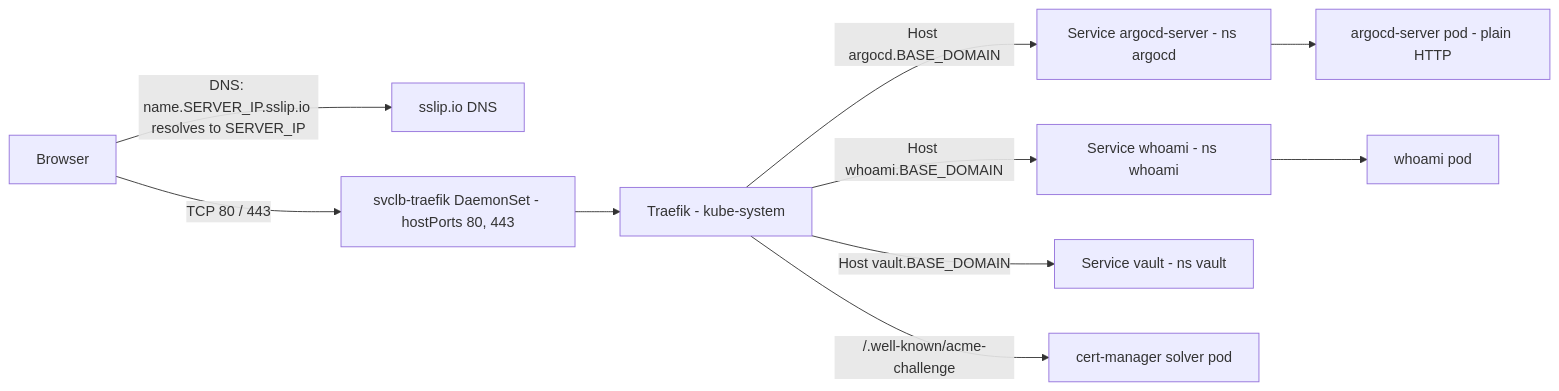
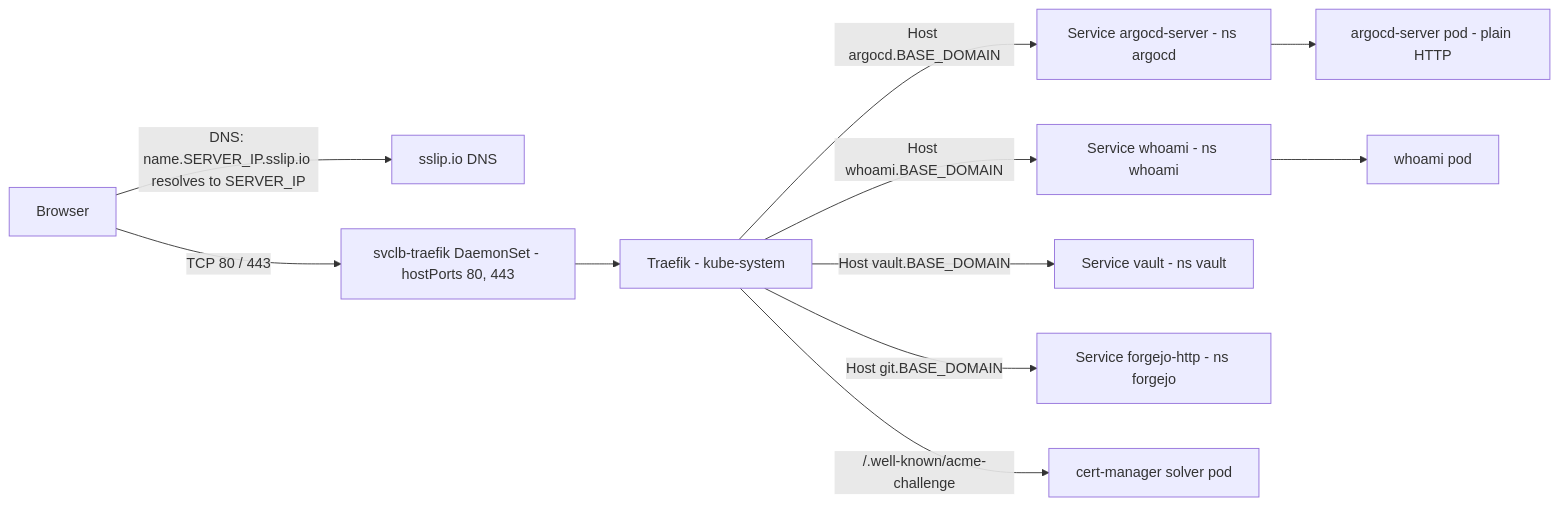
One commit to Elouel/homelab changed the second of 2 diagrams in docs/architecture.md. Above: the diagram before and after it, drawn with Mermaid. The commit also changed other lines of this file and 16 other files, not shown here.

````diff
--- a/docs/architecture.md
+++ b/docs/architecture.md
@@ -52,12 +52,13 @@
 ```mermaid
 flowchart LR
   U["Browser"] -->|"DNS: name.SERVER_IP.sslip.io resolves to SERVER_IP"| SSLIP["sslip.io DNS"]
   U -->|"TCP 80 / 443"| LB["svclb-traefik DaemonSet - hostPorts 80, 443"]
   LB --> T["Traefik - kube-system"]
   T -->|"Host argocd.BASE_DOMAIN"| A["Service argocd-server - ns argocd"]
   T -->|"Host whoami.BASE_DOMAIN"| W["Service whoami - ns whoami"]
   T -->|"Host vault.BASE_DOMAIN"| V["Service vault - ns vault"]
+  T -->|"Host git.BASE_DOMAIN"| G["Service forgejo-http - ns forgejo"]
   T -->|"/.well-known/acme-challenge"| S["cert-manager solver pod"]
   A --> AP["argocd-server pod - plain HTTP"]
   W --> WP["whoami pod"]
 ```
````
